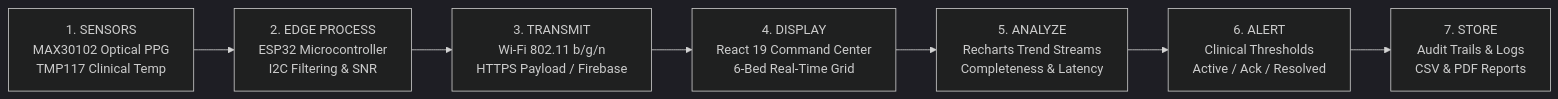
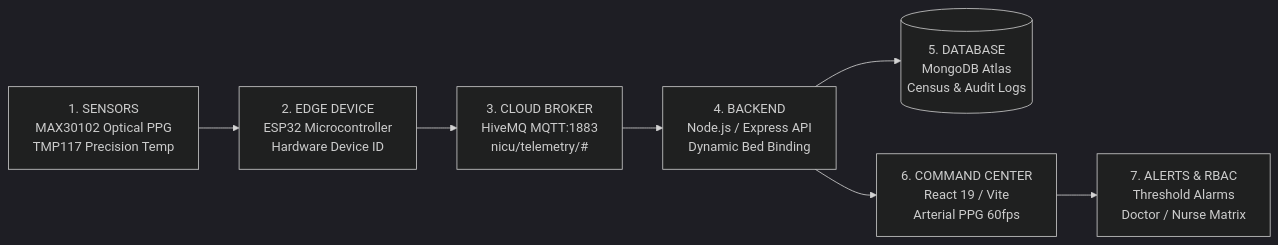
The diagram in README.md (sathishs-07/nicu), drawn with Mermaid (dark theme) before and after one commit. The commit also changed other lines of this file and 16 other files, not shown here.

Commit message:
feat: NeoCare branding, arterial PPG waveform, dark theme, and bed search

````diff
--- a/README.md
+++ b/README.md
@@ -15,9 +15,9 @@
 ```mermaid
 graph LR
-    S[1. SENSORS<br/>MAX30102 Optical PPG<br/>TMP117 Clinical Temp] --> P[2. EDGE PROCESS<br/>ESP32 Microcontroller<br/>I2C Filtering & SNR]
-    P --> T[3. TRANSMIT<br/>Wi-Fi 802.11 b/g/n<br/>HTTPS Payload / Firebase]
-    T --> D[4. DISPLAY<br/>React 19 Command Center<br/>6-Bed Real-Time Grid]
-    D --> AN[5. ANALYZE<br/>Recharts Trend Streams<br/>Completeness & Latency]
-    AN --> AL[6. ALERT<br/>Clinical Thresholds<br/>Active / Ack / Resolved]
-    AL --> ST[7. STORE<br/>Audit Trails & Logs<br/>CSV & PDF Reports]
+    S[1. SENSORS<br/>MAX30102 Optical PPG<br/>TMP117 Precision Temp] --> P[2. EDGE DEVICE<br/>ESP32 Microcontroller<br/>Hardware Device ID]
+    P --> T[3. CLOUD BROKER<br/>HiveMQ MQTT:1883<br/>nicu/telemetry/#]
+    T --> BE[4. BACKEND<br/>Node.js / Express API<br/>Dynamic Bed Binding]
+    BE --> DB[(5. DATABASE<br/>MongoDB Atlas<br/>Census & Audit Logs)]
+    BE --> FE[6. COMMAND CENTER<br/>React 19 / Vite<br/>Arterial PPG 60fps]
+    FE --> AL[7. ALERTS & RBAC<br/>Threshold Alarms<br/>Doctor / Nurse Matrix]
 ```
````
